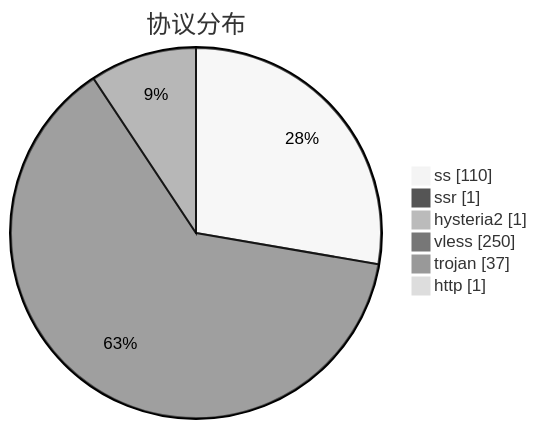
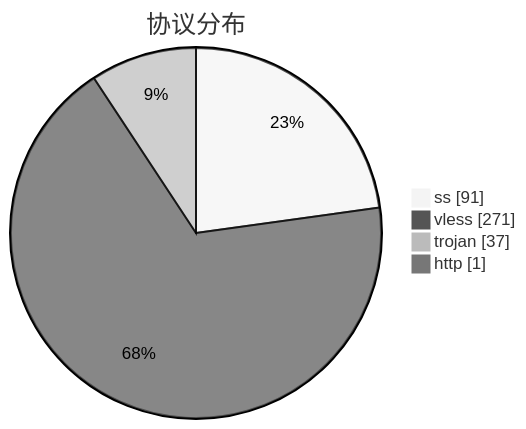
Before and after one commit to qjlxg/airport: the third of 3 diagrams in subs/statistics/tested_within.md, drawn with Mermaid (neutral theme). The commit also changed other lines of this file and 2 other files, not shown here.

````diff
--- a/subs/statistics/tested_within.md
+++ b/subs/statistics/tested_within.md
@@ -19,10 +19,8 @@
 ```mermaid
 pie showData
 title 协议分布
-"ss" : 110
-"ssr" : 1
-"hysteria2" : 1
-"vless" : 250
+"ss" : 91
+"vless" : 271
 "trojan" : 37
 "http" : 1
 ```
````
